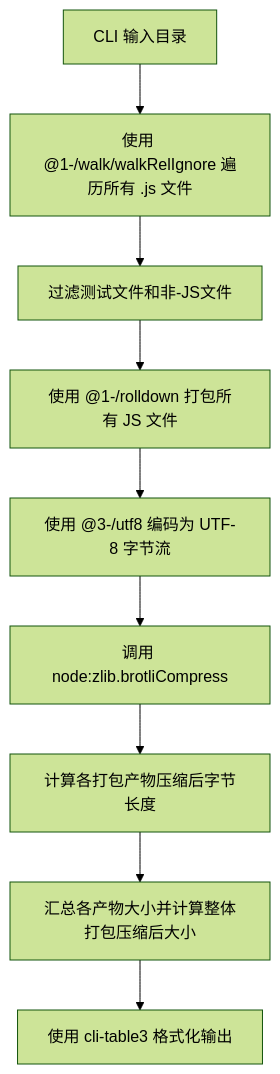
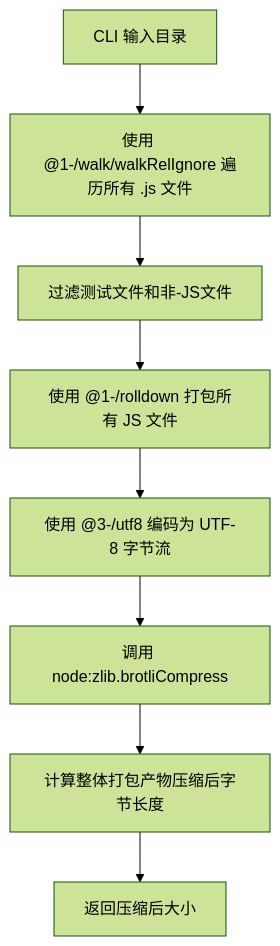
The diagram in minify_size/readme/zh/README.md (webc-site/npm), drawn with Mermaid (forest theme) before and after one commit. The commit also changed other lines of this file and 5 other files, not shown here.

Commit message:
refactor: remove cli-table3 dependency and simplify output to total compressed size only

````diff
--- a/minify_size/readme/zh/README.md
+++ b/minify_size/readme/zh/README.md
@@ -44,11 +42,10 @@
 ```mermaid
 graph TD
     A[CLI 输入目录] --> B[使用 @1-/walk/walkRelIgnore 遍历所有 .js 文件]
     B --> C[过滤测试文件和非-JS文件]
     C --> D[使用 @1-/rolldown 打包所有 JS 文件]
     D --> E[使用 @3-/utf8 编码为 UTF-8 字节流]
     E --> F[调用 node:zlib.brotliCompress]
-    F --> G[计算各打包产物压缩后字节长度]
-    G --> H[汇总各产物大小并计算整体打包压缩后大小]
-    H --> I[使用 cli-table3 格式化输出]
+    F --> G[计算整体打包产物压缩后字节长度]
+    G --> H[返回压缩后大小]
 ```
````
